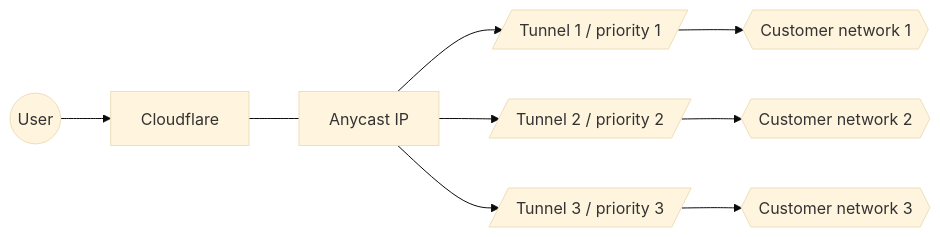
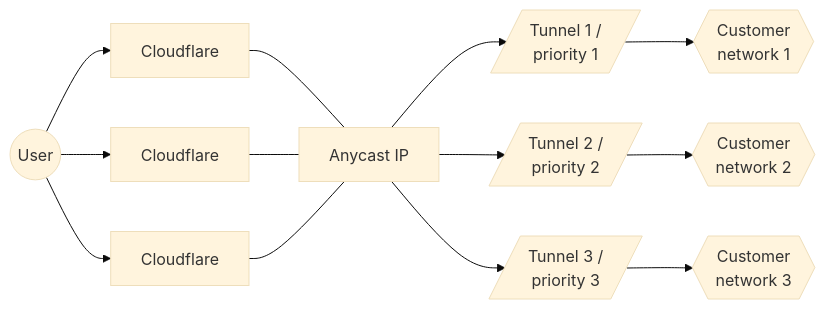
One commit to cloudflare/cloudflare-docs changed the first of 4 diagrams in content/magic-wan/reference/traffic-steering.md. Above: the diagram before and after it, drawn with Mermaid (base theme). The commit also changed other lines of this file, not shown here.

Commit message:
updated graphics traffic steering mwan

````diff
--- a/content/magic-wan/reference/traffic-steering.md
+++ b/content/magic-wan/reference/traffic-steering.md
@@ -21,9 +21,9 @@
 ```mermaid
 flowchart LR
 accTitle: Tunnels diagram
 accDescr: The example in this diagram has three tunnel routes. Tunnels 1 and 2 have top priority and Tunnel 3 is secondary.
-A((User)) --> B[Cloudflare] --- C[Anycast IP]
-C[Anycast IP] --> D[/Tunnel 1 / priority 1/] --> G{{Customer network 1}}
-C[Anycast IP] --> E[/Tunnel 2 / priority 2/] --> H{{Customer network 2}}
-C[Anycast IP] --> F[/Tunnel 3 / priority 3/] --> I{{Customer network 3}}
+A((User)) --> B[Cloudflare] & C[Cloudflare] & D[Cloudflare]--- E[Anycast IP]
+E[Anycast IP] --> F[/Tunnel 1 / <br> priority 1/] --> I{{Customer <br> network 1}}
+E[Anycast IP] --> G[/Tunnel 2 / <br> priority 2/] --> J{{Customer <br> network 2}}
+E[Anycast IP] --> H[/Tunnel 3 / <br> priority 3/] --> K{{Customer <br> network 3}}
 ```
````
